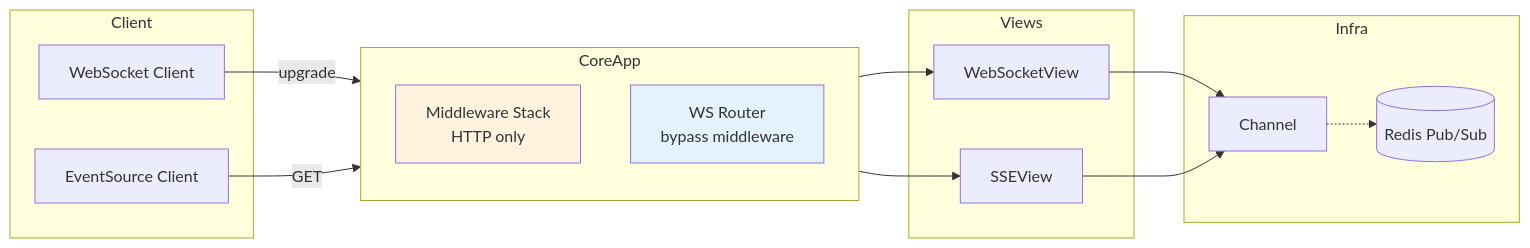
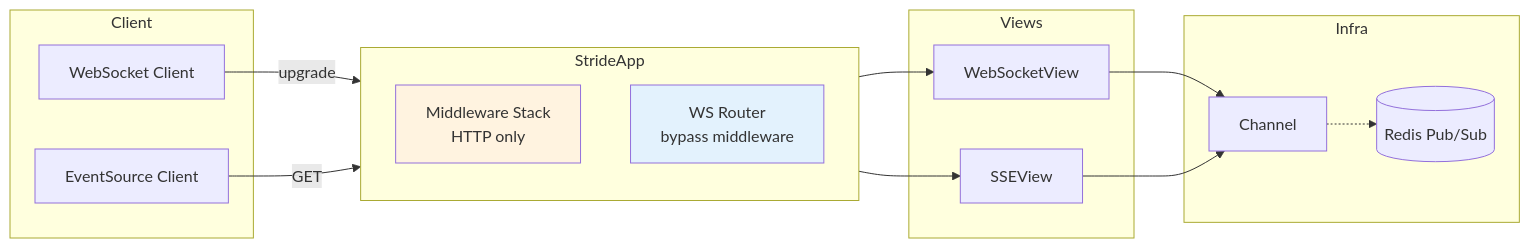
The first of 3 diagrams in docs/25-realtime.md (SorPuti/core-framework), drawn with Mermaid before and after one commit. The commit also changed other lines of this file and 432 other files, not shown here.

````diff
--- a/docs/25-realtime.md
+++ b/docs/25-realtime.md
@@ -7,32 +7,32 @@
 ```mermaid
 flowchart LR
     subgraph "Client"
         WS_C[WebSocket Client]
         SSE_C[EventSource Client]
     end
 
-    subgraph "CoreApp"
+    subgraph "StrideApp"
         direction TB
         MW[Middleware Stack<br/>HTTP only]
         WS_R[WS Router<br/>bypass middleware]
     end
 
     subgraph "Views"
         WSV[WebSocketView]
         SSEV[SSEView]
     end
 
     subgraph "Infra"
         CH[Channel]
         REDIS[(Redis Pub/Sub)]
     end
 
     WS_C -->|upgrade| WS_R --> WSV
     SSE_C -->|GET| MW --> SSEV
     WSV --> CH
     SSEV --> CH
     CH -.-> REDIS
 
     style WS_R fill:#e3f2fd
     style MW fill:#fff3e0
 ```
````
